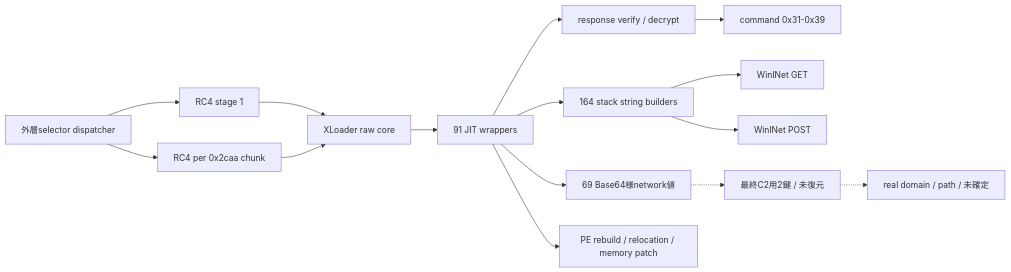
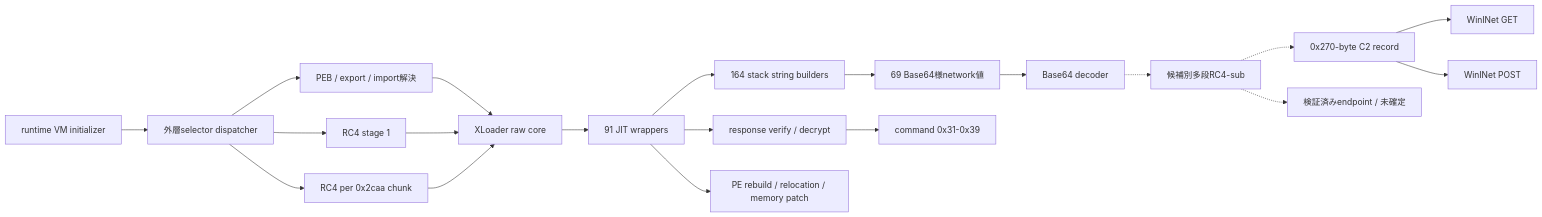
One commit to proshiba/AI-security-analysis changed the third of 4 diagrams in analysis-results/malware/guloader/versions/unknown/cases/8d96249aa92bee27d9ac8ffa8e32e3f8dd3a5c77cbe541b1d0cc97f37e962a1e/OVERALL-LOGIC.md. Above: the diagram before and after it, drawn with Mermaid. The commit also changed other lines of this file and 43 other files, not shown here.

````diff
--- a/analysis-results/malware/guloader/versions/unknown/cases/8d96249aa92bee27d9ac8ffa8e32e3f8dd3a5c77cbe541b1d0cc97f37e962a1e/OVERALL-LOGIC.md
+++ b/analysis-results/malware/guloader/versions/unknown/cases/8d96249aa92bee27d9ac8ffa8e32e3f8dd3a5c77cbe541b1d0cc97f37e962a1e/OVERALL-LOGIC.md
@@ -25,17 +56,22 @@
 ```mermaid
 flowchart LR
-    dispatcher["外層selector dispatcher"] --> rc4a["RC4 stage 1"]
+    initializer["runtime VM initializer"] --> dispatcher["外層selector dispatcher"]
+    dispatcher --> peapi["PEB / export / import解決"]
+    dispatcher --> rc4a["RC4 stage 1"]
     dispatcher --> rc4b["RC4 per 0x2caa chunk"]
-    rc4a --> raw["XLoader raw core"]
+    peapi --> raw["XLoader raw core"]
+    rc4a --> raw
     rc4b --> raw
     raw --> wrappers["91 JIT wrappers"]
     wrappers --> strings["164 stack string builders"]
-    wrappers --> c2list["69 Base64様network値"]
+    strings --> c2list["69 Base64様network値"]
+    c2list --> base64["Base64 decoder"]
+    base64 -.-> layers["候補別多段RC4-sub"]
+    layers -.-> c2record["0x270-byte C2 record"]
+    c2record --> get["WinINet GET"]
+    c2record --> post["WinINet POST"]
     wrappers --> response["response verify / decrypt"]
     wrappers --> pehelper["PE rebuild / relocation / memory patch"]
     response --> commands["command 0x31-0x39"]
-    strings --> get["WinINet GET"]
-    strings --> post["WinINet POST"]
-    c2list -.-> key["最終C2用2鍵 / 未復元"]
-    key -.-> endpoint["real domain / path / 未確定"]
+    layers -.-> endpoint["検証済みendpoint / 未確定"]
 ```
````
